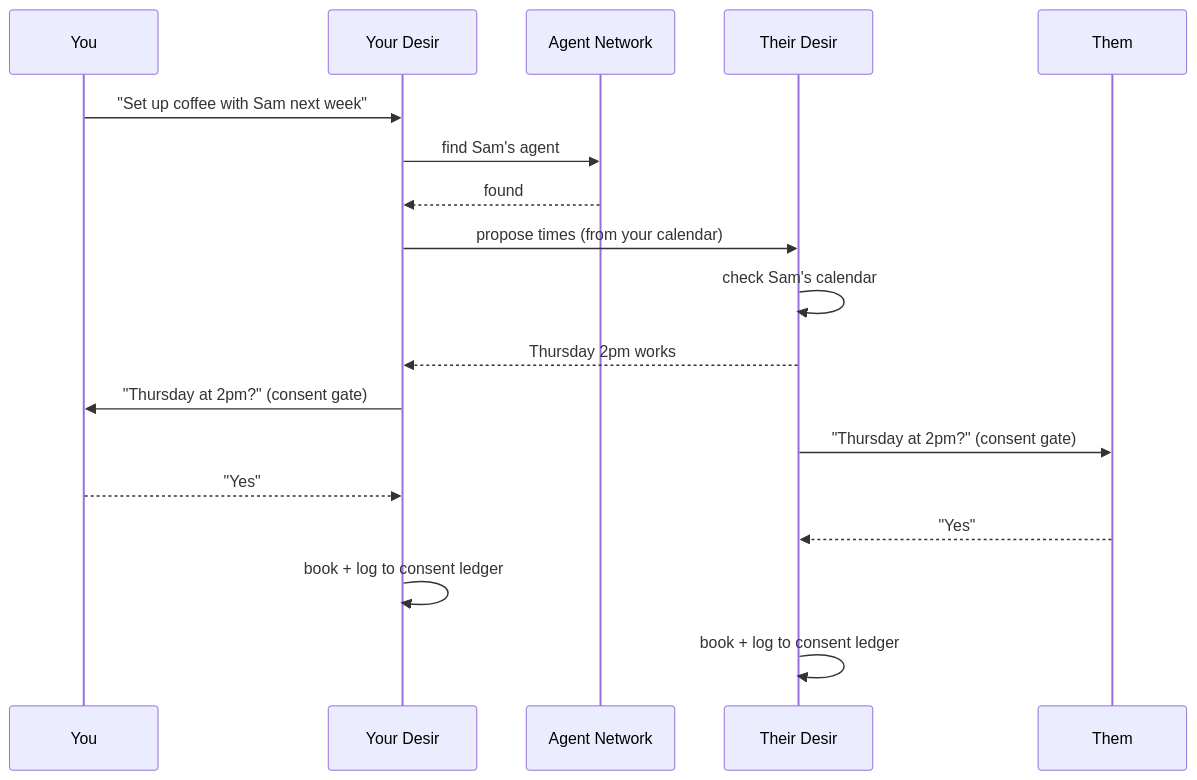
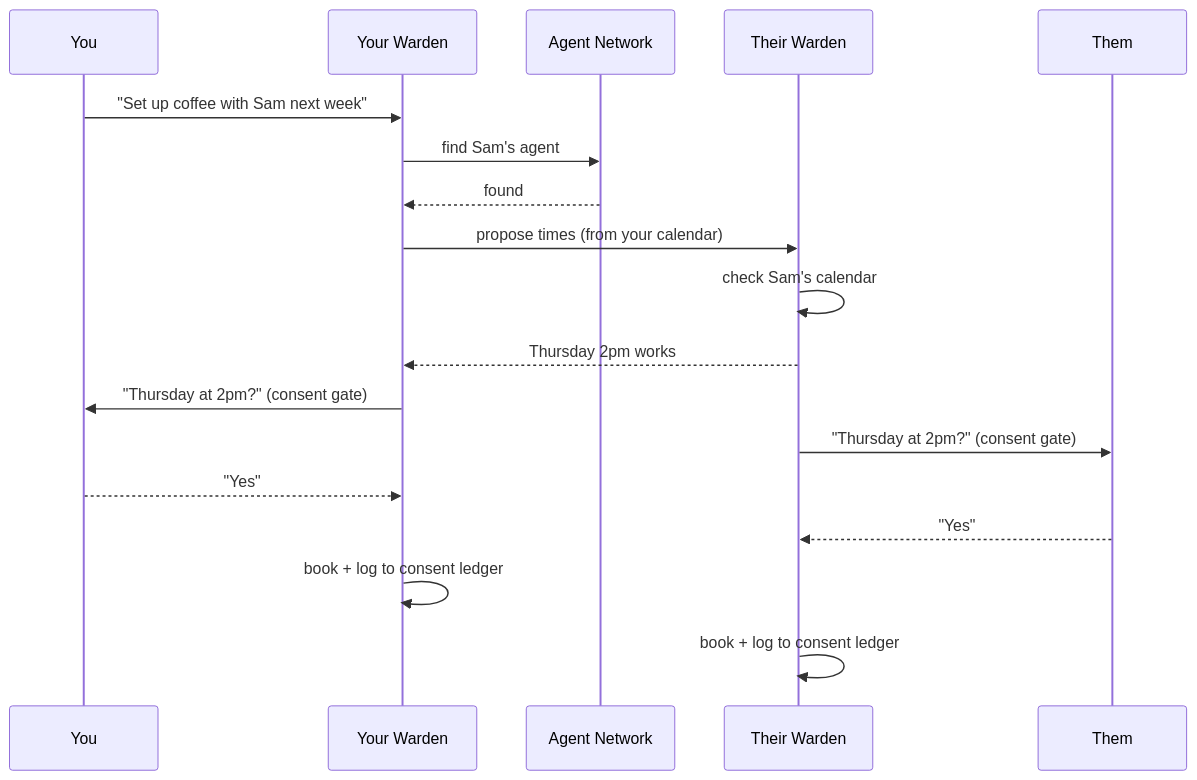
Before and after one commit to DuongAnh1201/sss: the diagram in README.md, drawn with Mermaid. The commit also changed other lines of this file, not shown here.

````diff
--- a/README.md
+++ b/README.md
@@ -139,21 +156,21 @@
 ```mermaid
 sequenceDiagram
     participant You
-    participant YourDesir as Your Desir
+    participant YourWarden as Your Warden
     participant Network as Agent Network
-    participant TheirDesir as Their Desir
+    participant TheirWarden as Their Warden
     participant Them
 
-    You->>YourDesir: "Set up coffee with Sam next week"
-    YourDesir->>Network: find Sam's agent
-    Network-->>YourDesir: found
-    YourDesir->>TheirDesir: propose times (from your calendar)
-    TheirDesir->>TheirDesir: check Sam's calendar
-    TheirDesir-->>YourDesir: Thursday 2pm works
-    YourDesir->>You: "Thursday at 2pm?" (consent gate)
-    TheirDesir->>Them: "Thursday at 2pm?" (consent gate)
-    You-->>YourDesir: "Yes"
-    Them-->>TheirDesir: "Yes"
-    YourDesir->>YourDesir: book + log to consent ledger
-    TheirDesir->>TheirDesir: book + log to consent ledger
+    You->>YourWarden: "Set up coffee with Sam next week"
+    YourWarden->>Network: find Sam's agent
+    Network-->>YourWarden: found
+    YourWarden->>TheirWarden: propose times (from your calendar)
+    TheirWarden->>TheirWarden: check Sam's calendar
+    TheirWarden-->>YourWarden: Thursday 2pm works
+    YourWarden->>You: "Thursday at 2pm?" (consent gate)
+    TheirWarden->>Them: "Thursday at 2pm?" (consent gate)
+    You-->>YourWarden: "Yes"
+    Them-->>TheirWarden: "Yes"
+    YourWarden->>YourWarden: book + log to consent ledger
+    TheirWarden->>TheirWarden: book + log to consent ledger
 ```
````
